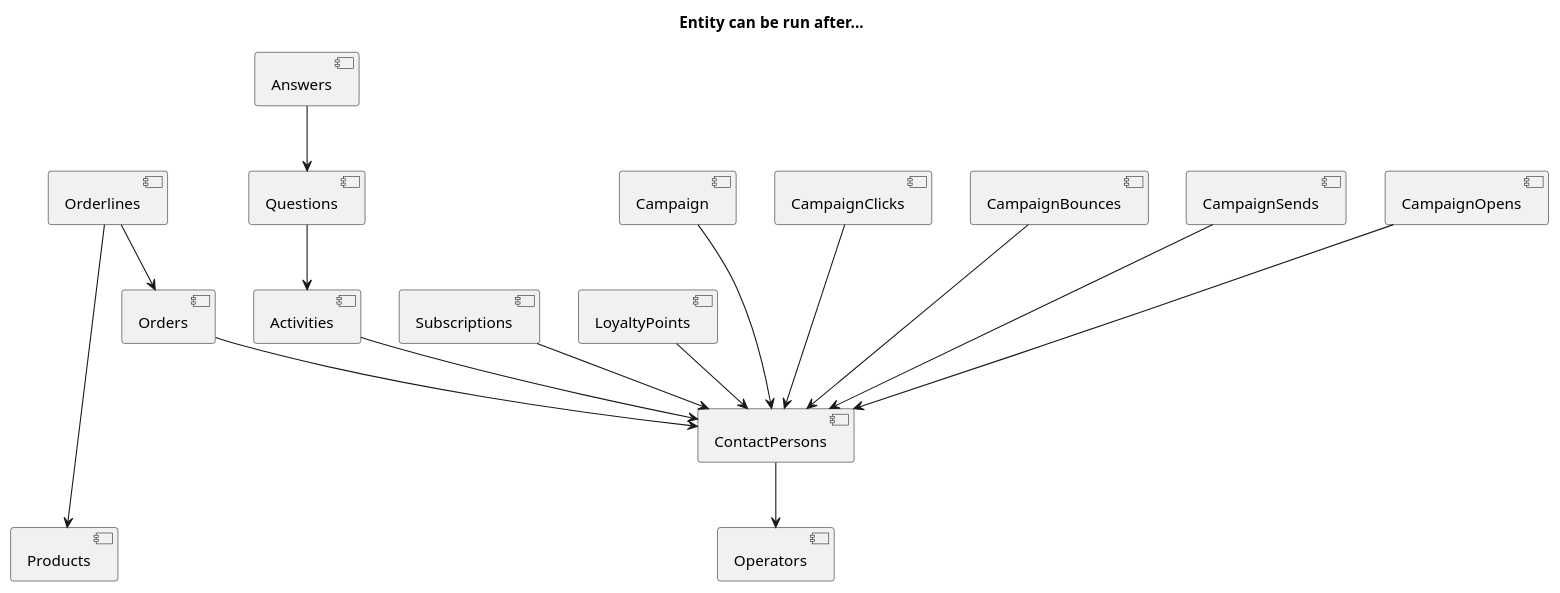
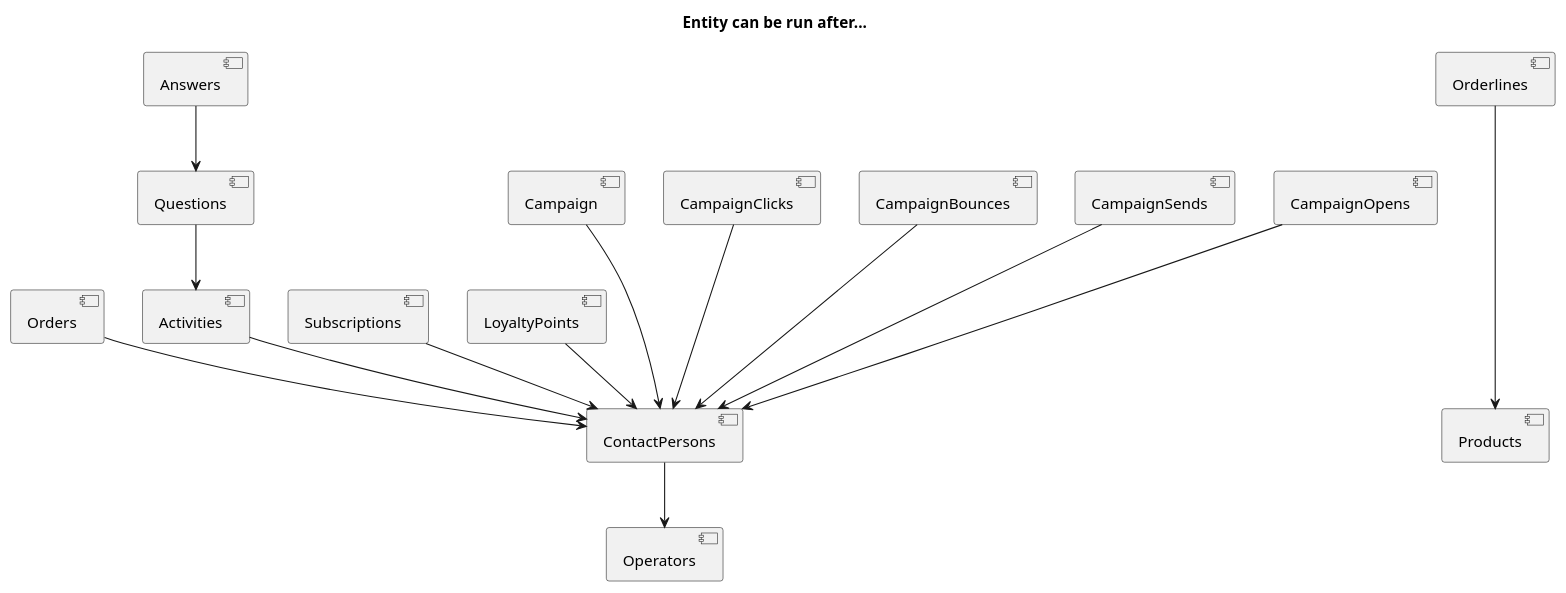
The diagram in diagram/Entity dependencies.plantuml (kishorem-mf/spark-jobs), drawn with PlantUML before and after one commit.

Commit message:
orderline doesn't depend on orders

```diff
--- a/diagram/Entity dependencies.plantuml
+++ b/diagram/Entity dependencies.plantuml
@@ -1,52 +1,52 @@
 @startuml
 title Entity can be run after...
 
 [ContactPersons] as CP
 [Operators] as OP
 [Orders] as OD
 [Orderlines] as OL
 [Products] as PD
 [Activities] as AC
 [Questions] as QU
 [Answers] as AN
 [Subscriptions] as SC
 [LoyaltyPoints] as LP
 
 [Campaign] as CMP
 [CampaignClicks] as CMPC
 [CampaignBounces] as CMPB
 [CampaignSends] as CMPS
 [CampaignOpens] as CMPO
 
 CP --> OP
 
 OD --> CP
 ' OD --> OP
 
-OL --> OD
+' OL --> OD
 ' OL --> OP
 OL ----> PD
 
 ' AC --> OP
 AC --> CP
 
 QU --> AC
 
 AN --> QU
 
 SC --> CP
 
 ' LP --> OP
 LP --> CP
 
 CMP ---> CP
 ' CMPC ---> OP
 CMPC ---> CP
 ' CMPB ---> OP
 CMPB ---> CP
 ' CMPS ---> OP
 CMPS ---> CP
 ' CMPO ---> OP
 CMPO ---> CP
 
 @enduml
```
